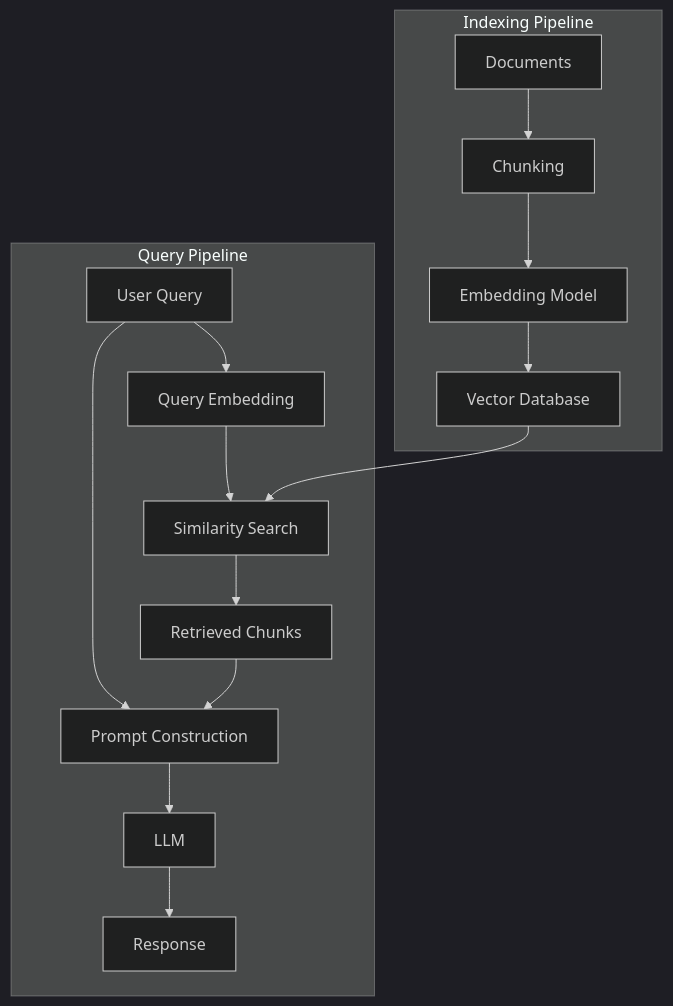
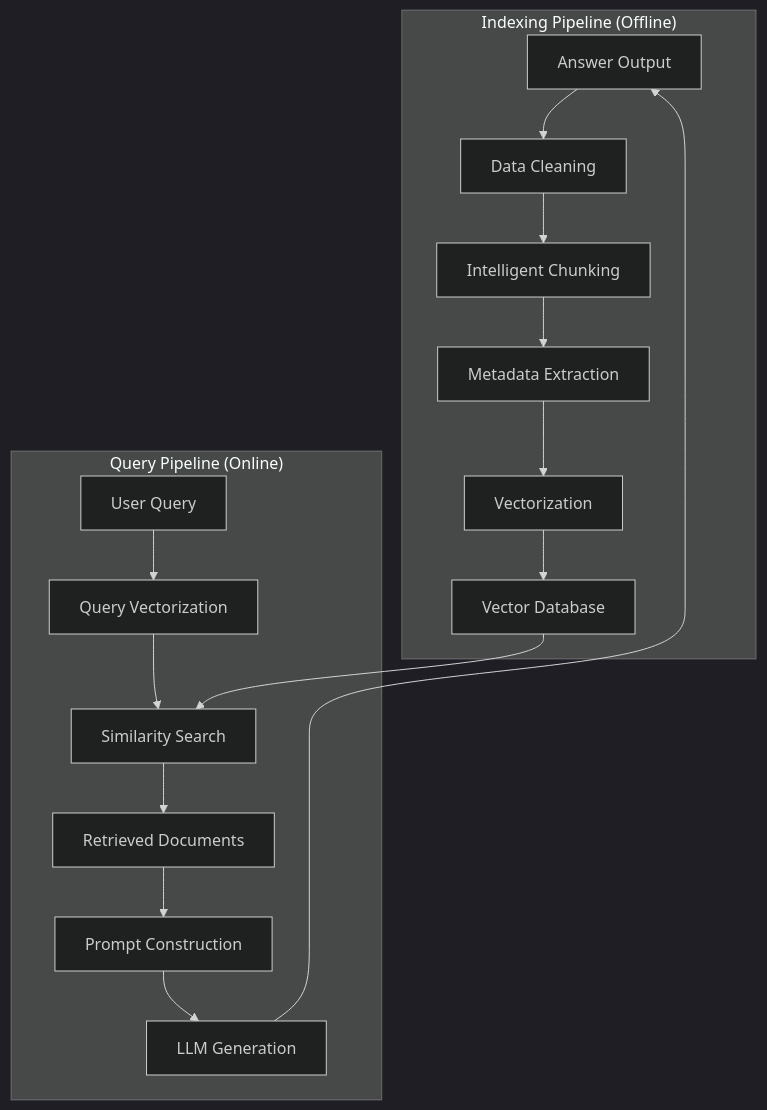
One commit to YiWang24/AiDIY changed the diagram in docs/ai/rag/index.mdx. Above: the diagram before and after it, drawn with Mermaid (dark theme). The commit also changed other lines of this file and 10 other files, not shown here.

First line of the commit message:
docs: enhance RAG documentation and fix Mermaid diagrams

````diff
--- a/docs/ai/rag/index.mdx
+++ b/docs/ai/rag/index.mdx
@@ -29,19 +29,20 @@
 ```mermaid
 flowchart TB
-    subgraph "Indexing Pipeline"
-        A[Documents] --> B[Chunking]
-        B --> C[Embedding Model]
-        C --> D[Vector Database]
+    subgraph "Indexing Pipeline (Offline)"
+        A[Document Sources] --> B[Data Cleaning]
+        B --> C[Intelligent Chunking]
+        C --> D[Metadata Extraction]
+        D --> E[Vectorization]
+        E --> F[Vector Database]
     end
 
-    subgraph "Query Pipeline"
-        E[User Query] --> F[Query Embedding]
-        F --> G[Similarity Search]
-        D --> G
-        G --> H[Retrieved Chunks]
-        H --> I[Prompt Construction]
-        E --> I
-        I --> J[LLM]
-        J --> K[Response]
+    subgraph "Query Pipeline (Online)"
+        Q[User Query] --> QE[Query Vectorization]
+        QE --> S[Similarity Search]
+        F --> S
+        S --> R[Retrieved Documents]
+        R --> P[Prompt Construction]
+        P --> LLM[LLM Generation]
+        LLM --> A[Answer Output]
     end
 ```
````
